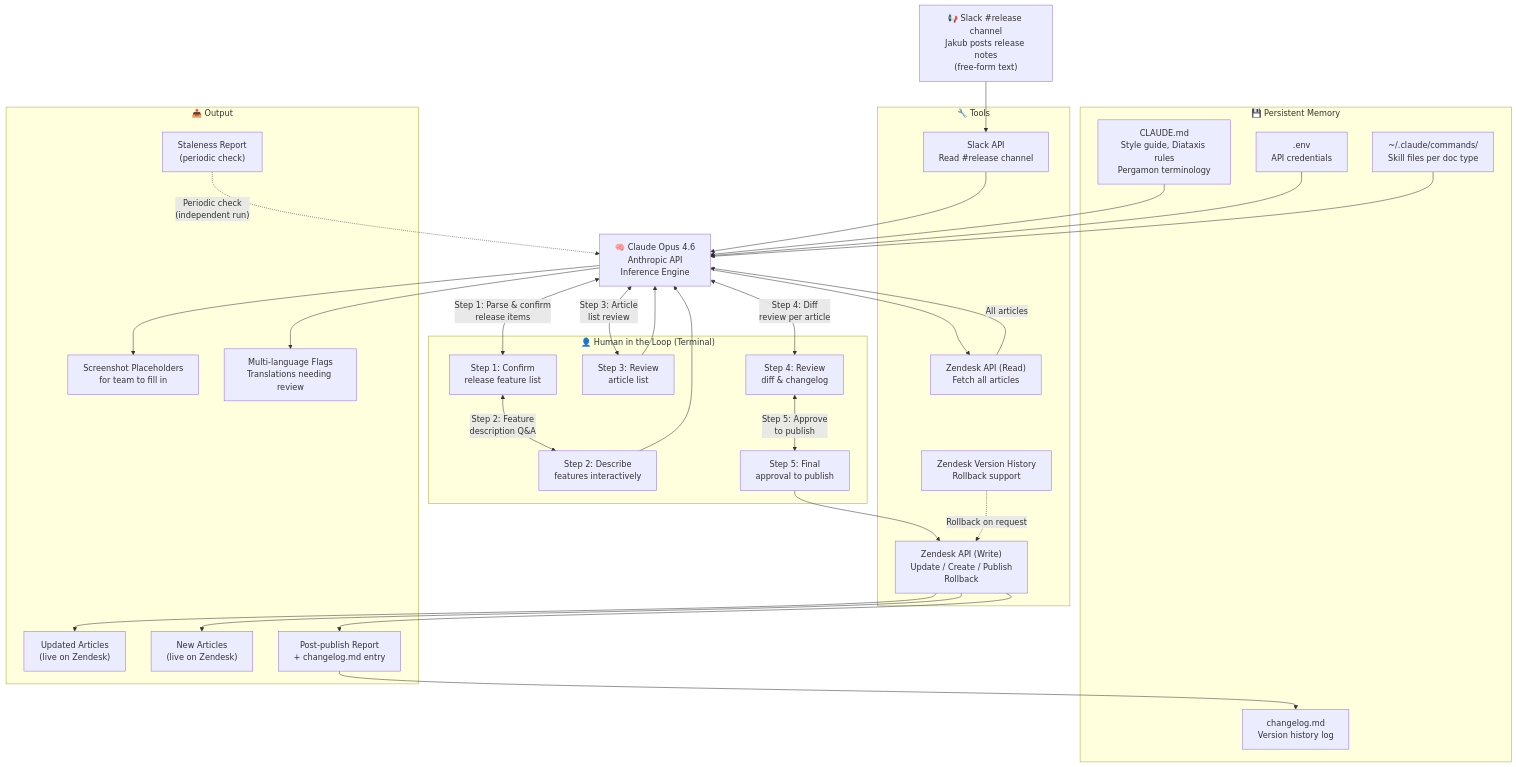
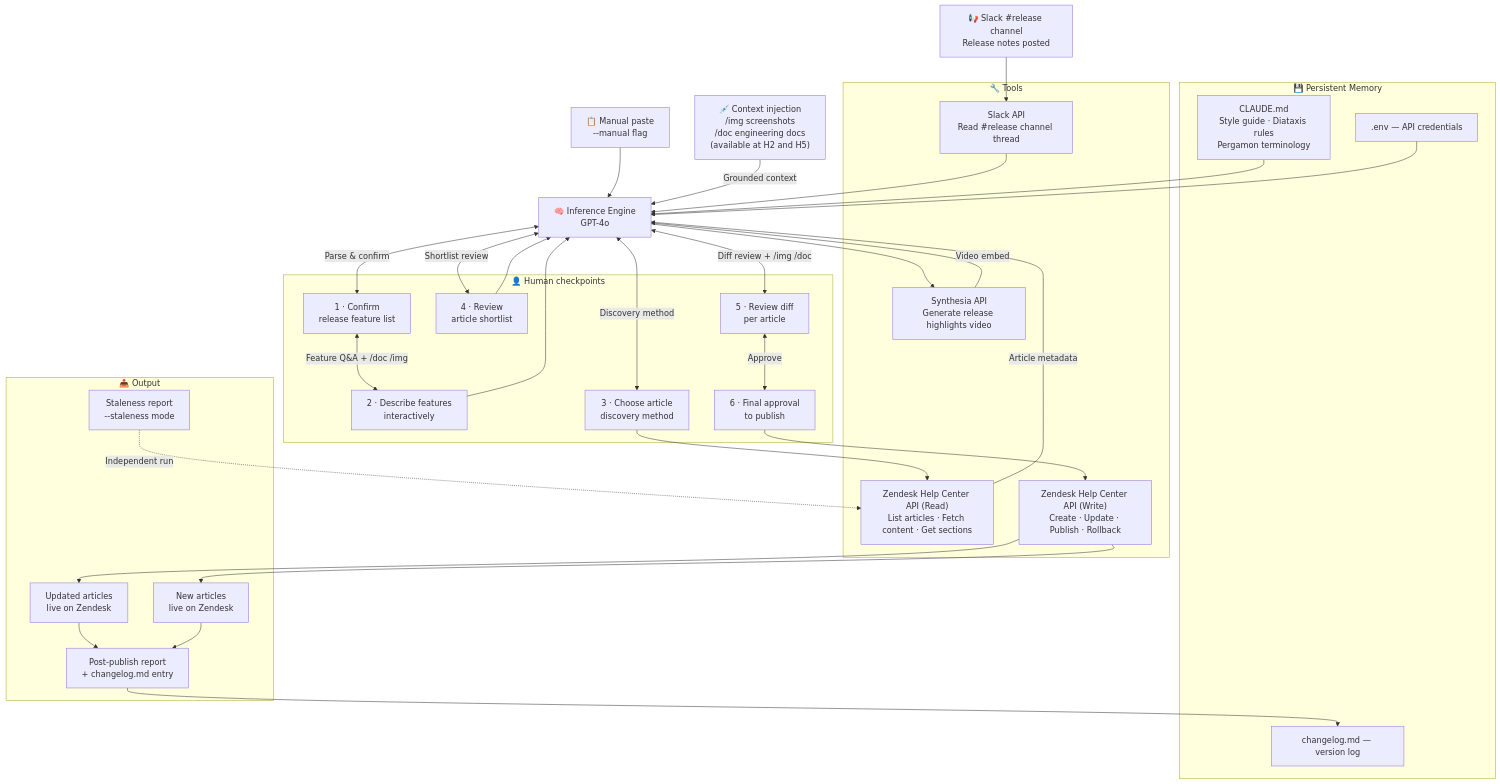
The first of 4 diagrams in architecture.md (pergamonian87/pergamon-docs-agent-), drawn with Mermaid before and after one commit. The commit also changed other lines of this file and 7 other files, not shown here.

````diff
--- a/architecture.md
+++ b/architecture.md
@@ -3,75 +11,57 @@
 ```mermaid
 flowchart TD
-    %% Entry Point
-    SLACK["📢 Slack #release channel\nJakub posts release notes\n(free-form text)"]
+    SLACK["📢 Slack #release channel\nRelease notes posted"]
+    MANUAL["📋 Manual paste\n--manual flag"]
 
-    %% Core Engine
-    CLAUDE["🧠 Claude Opus 4.6\nAnthropic API\nInference Engine"]
+    CLAUDE["🧠 Inference Engine\nGPT-4o"]
 
-    %% Memory Layer
     subgraph MEMORY["💾 Persistent Memory"]
-        CM["CLAUDE.md\nStyle guide, Diataxis rules\nPergamon terminology"]
-        ENV[".env\nAPI credentials"]
-        CL["changelog.md\nVersion history log"]
-        SKILLS["~/.claude/commands/\nSkill files per doc type"]
+        CM["CLAUDE.md\nStyle guide · Diataxis rules\nPergamon terminology"]
+        ENV[".env — API credentials"]
+        CL["changelog.md — version log"]
     end
 
-    %% Tools
     subgraph TOOLS["🔧 Tools"]
-        SLACK_TOOL["Slack API\nRead #release channel"]
-        ZD_READ["Zendesk API (Read)\nFetch all articles"]
-        ZD_WRITE["Zendesk API (Write)\nUpdate / Create / Publish\nRollback"]
-        ZD_VER["Zendesk Version History\nRollback support"]
+        SLACK_TOOL["Slack API\nRead #release channel thread"]
+        ZD_READ["Zendesk Help Center API (Read)\nList articles · Fetch content · Get sections"]
+        ZD_WRITE["Zendesk Help Center API (Write)\nCreate · Update · Publish · Rollback"]
+        SYNTHESIA["Synthesia API\nGenerate release highlights video"]
     end
 
-    %% Human in the Loop
-    subgraph HUMAN["👤 Human in the Loop (Terminal)"]
-        H1["Step 1: Confirm\nrelease feature list"]
-        H2["Step 2: Describe\nfeatures interactively"]
-        H3["Step 3: Review\narticle list"]
-        H4["Step 4: Review\ndiff & changelog"]
-        H5["Step 5: Final\napproval to publish"]
+    subgraph CHECKPOINTS["👤 Human checkpoints"]
+        H1["1 · Confirm\nrelease feature list"]
+        H2["2 · Describe features\ninteractively"]
+        H3["3 · Choose article\ndiscovery method"]
+        H4["4 · Review\narticle shortlist"]
+        H5["5 · Review diff\nper article"]
+        H6["6 · Final approval\nto publish"]
     end
 
-    %% Output
+    INJECT["💉 Context injection\n/img screenshots\n/doc engineering docs\n(available at H2 and H5)"]
+
     subgraph OUTPUT["📤 Output"]
-        UP["Updated Articles\n(live on Zendesk)"]
-        NEW["New Articles\n(live on Zendesk)"]
-        REPORT["Post-publish Report\n+ changelog.md entry"]
-        PLACEHOLDERS["Screenshot Placeholders\nfor team to fill in"]
-        STALE["Staleness Report\n(periodic check)"]
-        MULTI["Multi-language Flags\nTranslations needing review"]
+        UP["Updated articles\nlive on Zendesk"]
+        NEW["New articles\nlive on Zendesk"]
+        REPORT["Post-publish report\n+ changelog.md entry"]
+        STALE["Staleness report\n--staleness mode"]
     end
 
-    %% Flow
-    SLACK --> SLACK_TOOL
-    SLACK_TOOL --> CLAUDE
-    CM --> CLAUDE
-    ENV --> CLAUDE
-    SKILLS --> CLAUDE
+    SLACK --> SLACK_TOOL --> CLAUDE
+    MANUAL --> CLAUDE
+    CM & ENV --> CLAUDE
+    INJECT -->|"Grounded context"| CLAUDE
 
-    CLAUDE <-->|"Step 1: Parse & confirm\nrelease items"| H1
-    H1 <-->|"Step 2: Feature\ndescription Q&A"| H2
+    CLAUDE <-->|"Parse & confirm"| H1
+    H1 <-->|"Feature Q&A + /doc /img"| H2
     H2 --> CLAUDE
+    CLAUDE <-->|"Discovery method"| H3
+    H3 --> ZD_READ -->|"Article metadata"| CLAUDE
+    CLAUDE <-->|"Shortlist review"| H4
+    H4 --> CLAUDE
+    CLAUDE --> SYNTHESIA -->|"Video embed"| CLAUDE
+    CLAUDE <-->|"Diff review + /img /doc"| H5
+    H5 <-->|"Approve"| H6
+    H6 --> ZD_WRITE --> UP & NEW --> REPORT --> CL
 
-    CLAUDE --> ZD_READ
-    ZD_READ -->|"All articles"| CLAUDE
-
-    CLAUDE <-->|"Step 3: Article\nlist review"| H3
-    H3 --> CLAUDE
-
-    CLAUDE <-->|"Step 4: Diff\nreview per article"| H4
-    H4 <-->|"Step 5: Approve\nto publish"| H5
-
-    H5 --> ZD_WRITE
-    ZD_WRITE --> UP
-    ZD_WRITE --> NEW
-    ZD_WRITE --> REPORT
-    REPORT --> CL
-
-    CLAUDE --> PLACEHOLDERS
-    CLAUDE --> MULTI
-    ZD_VER -.->|"Rollback on request"| ZD_WRITE
-
-    STALE -.->|"Periodic check\n(independent run)"| CLAUDE
+    STALE -.->|"Independent run"| ZD_READ
 ```
````
